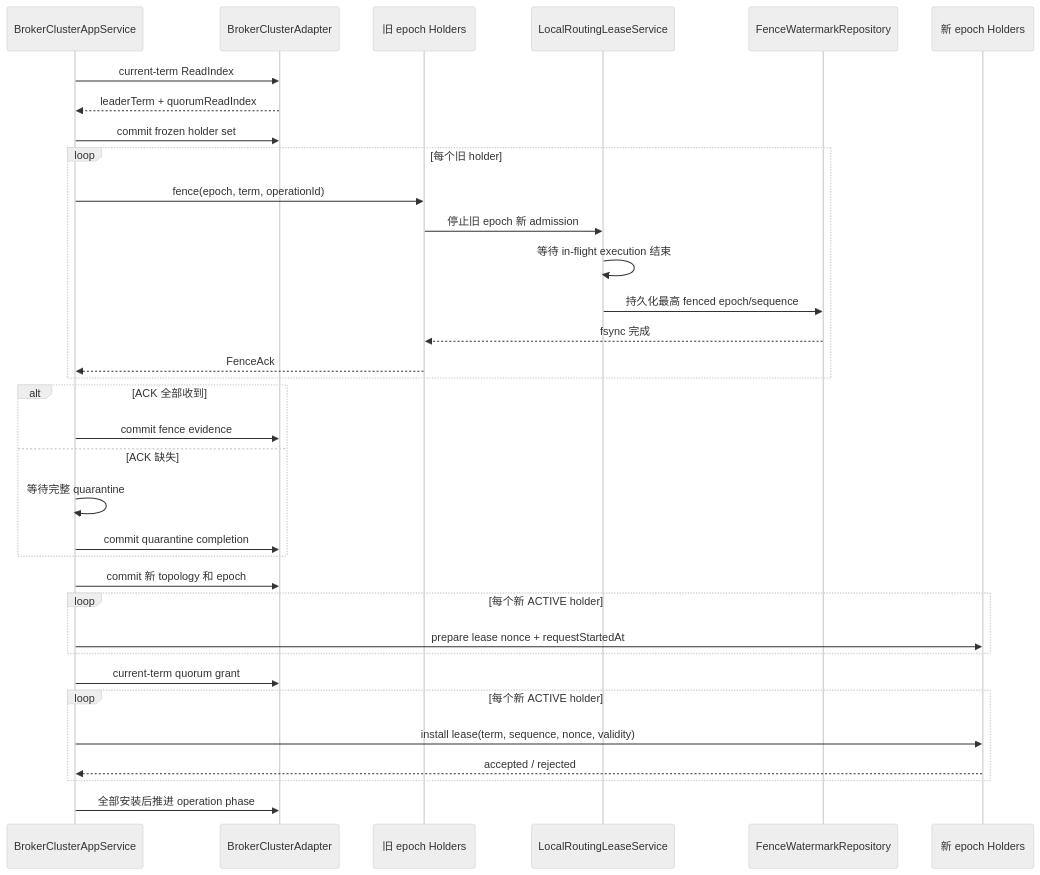
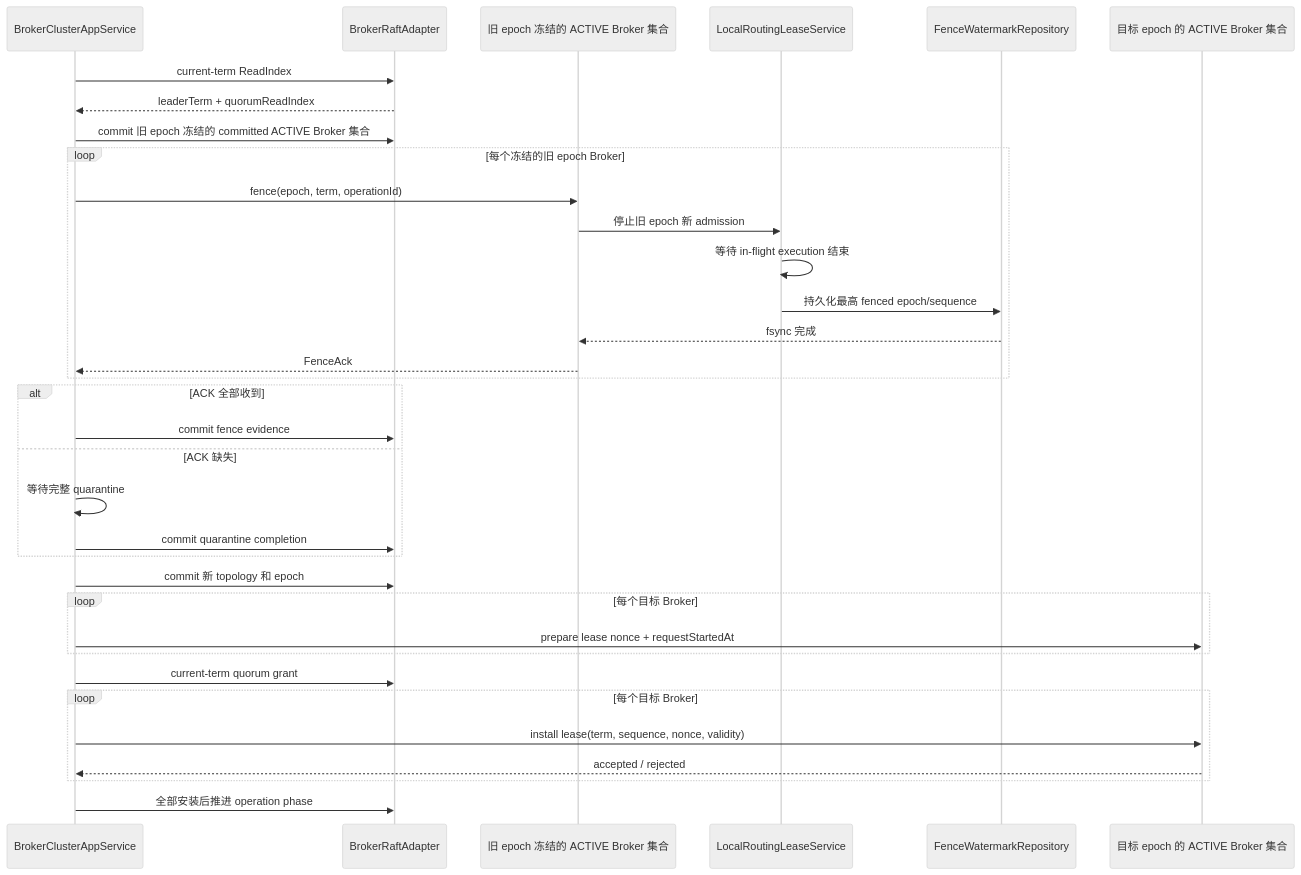
One commit to kc-co9/im-chat changed diagram 16 of 18 in im-broker/ARCHITECTURE.md. Above: the diagram before and after it, drawn with Mermaid (neutral theme). The commit also changed other lines of this file and 548 other files, not shown here.

````diff
--- a/im-broker/ARCHITECTURE.md
+++ b/im-broker/ARCHITECTURE.md
@@ -621,37 +677,37 @@
 ```mermaid
 sequenceDiagram
     participant App as BrokerClusterAppService
-    participant Repository as BrokerClusterAdapter
-    participant Old as 旧 epoch Holders
+    participant Repository as BrokerRaftAdapter
+    participant Old as 旧 epoch 冻结的 ACTIVE Broker 集合
     participant Guard as LocalRoutingLeaseService
     participant Marker as FenceWatermarkRepository
-    participant New as 新 epoch Holders
+    participant New as 目标 epoch 的 ACTIVE Broker 集合
 
     App->>Repository: current-term ReadIndex
     Repository-->>App: leaderTerm + quorumReadIndex
-    App->>Repository: commit frozen holder set
-    loop 每个旧 holder
+    App->>Repository: commit 旧 epoch 冻结的 committed ACTIVE Broker 集合
+    loop 每个冻结的旧 epoch Broker
         App->>Old: fence(epoch, term, operationId)
         Old->>Guard: 停止旧 epoch 新 admission
         Guard->>Guard: 等待 in-flight execution 结束
         Guard->>Marker: 持久化最高 fenced epoch/sequence
         Marker-->>Old: fsync 完成
         Old-->>App: FenceAck
     end
     alt ACK 全部收到
         App->>Repository: commit fence evidence
     else ACK 缺失
         App->>App: 等待完整 quarantine
         App->>Repository: commit quarantine completion
     end
     App->>Repository: commit 新 topology 和 epoch
-    loop 每个新 ACTIVE holder
+    loop 每个目标 Broker
         App->>New: prepare lease nonce + requestStartedAt
     end
     App->>Repository: current-term quorum grant
-    loop 每个新 ACTIVE holder
+    loop 每个目标 Broker
         App->>New: install lease(term, sequence, nonce, validity)
         New-->>App: accepted / rejected
     end
     App->>Repository: 全部安装后推进 operation phase
 ```
````
